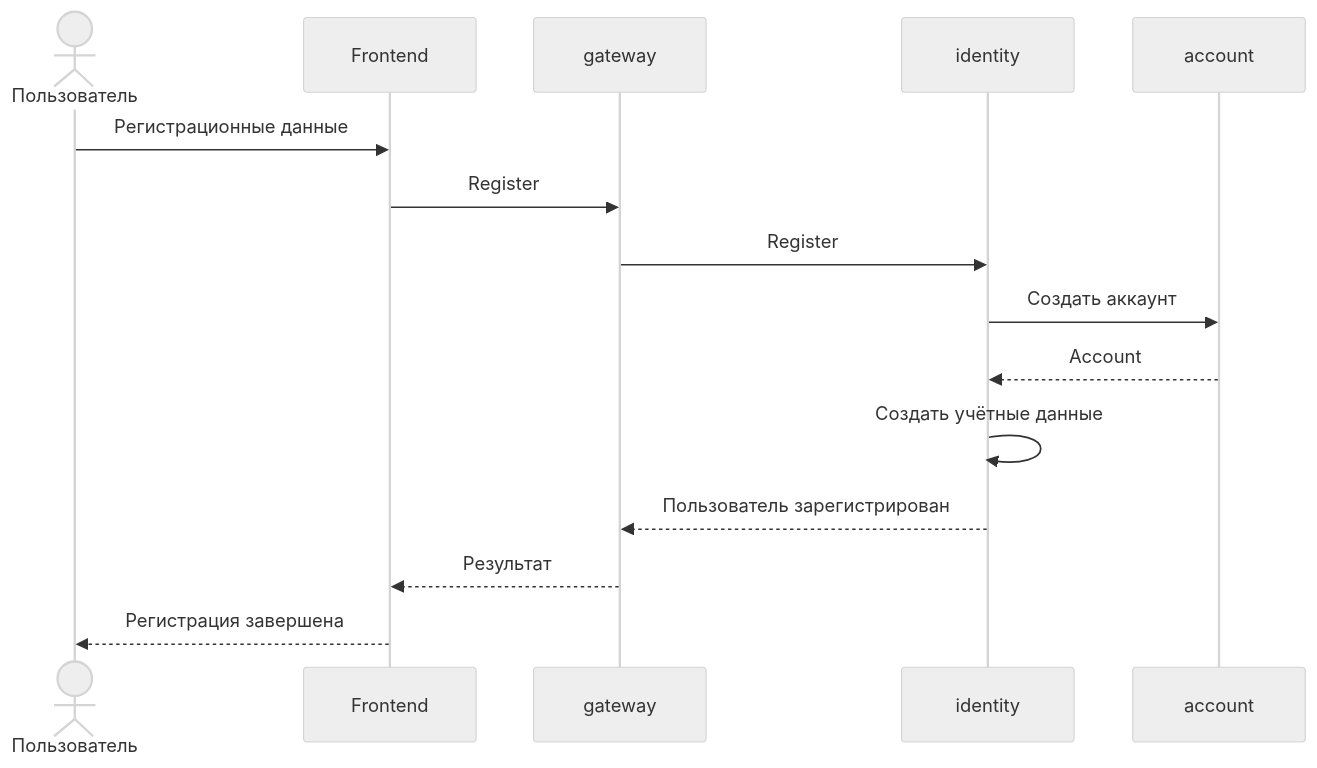
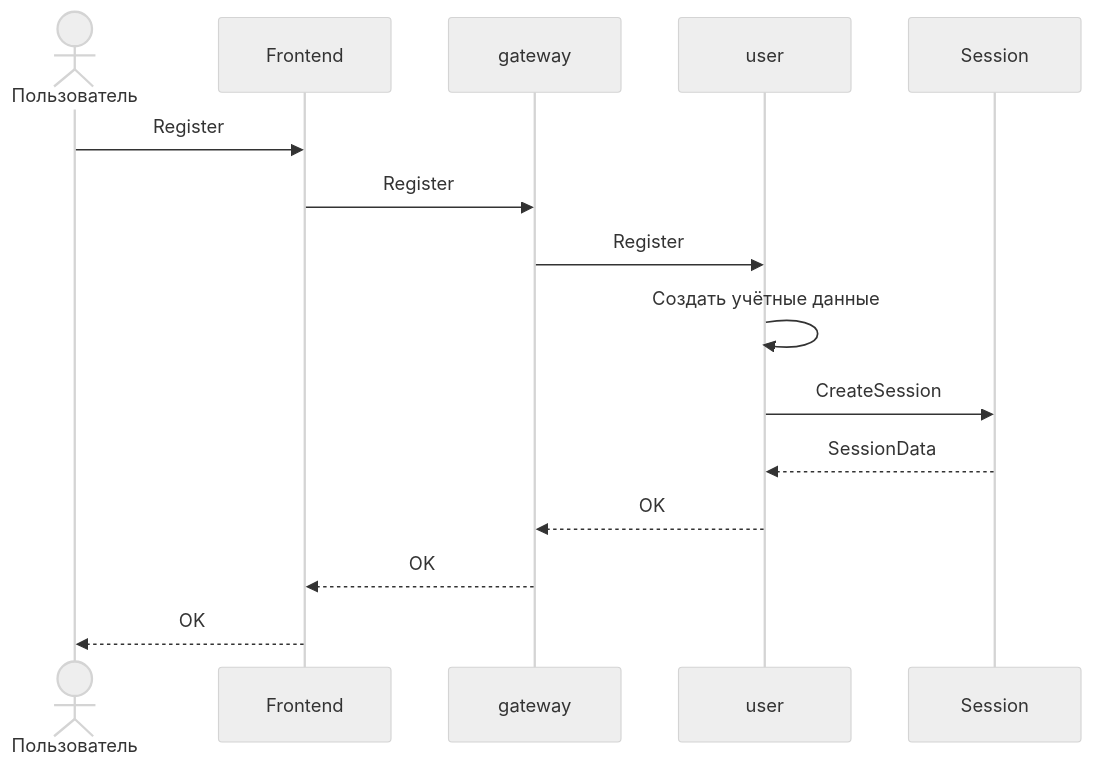
The third of 6 diagrams in docs/architecture.md (Exevald/aura-platform), drawn with Mermaid (neutral theme) before and after one commit. The commit also changed other lines of this file, not shown here.

````diff
--- a/docs/architecture.md
+++ b/docs/architecture.md
@@ -423,17 +550,16 @@
 ```mermaid
 sequenceDiagram
-    actor User as Пользователь
+    actor Client as Пользователь
     participant Frontend
     participant Gateway as gateway
-    participant Identity as identity
-    participant Account as account
-    User ->> Frontend: Регистрационные данные
+    participant User as user
+    Client ->> Frontend: Register
     Frontend ->> Gateway: Register
-    Gateway ->> Identity: Register
-    Identity ->> Account: Создать аккаунт
-    Account -->> Identity: Account
-    Identity ->> Identity: Создать учётные данные
-    Identity -->> Gateway: Пользователь зарегистрирован
-    Gateway -->> Frontend: Результат
-    Frontend -->> User: Регистрация завершена
+    Gateway ->> User: Register
+    User ->> User: Создать учётные данные
+    User ->> Session: CreateSession
+    Session -->> User: SessionData
+    User -->> Gateway: OK
+    Gateway -->> Frontend: OK
+    Frontend -->> Client: OK
 ```
````
